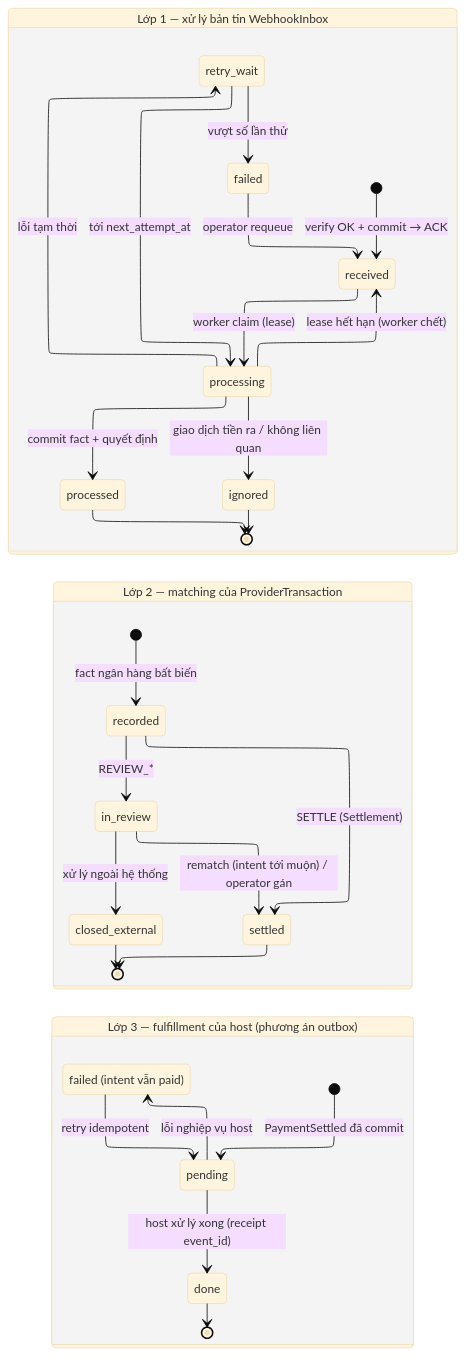
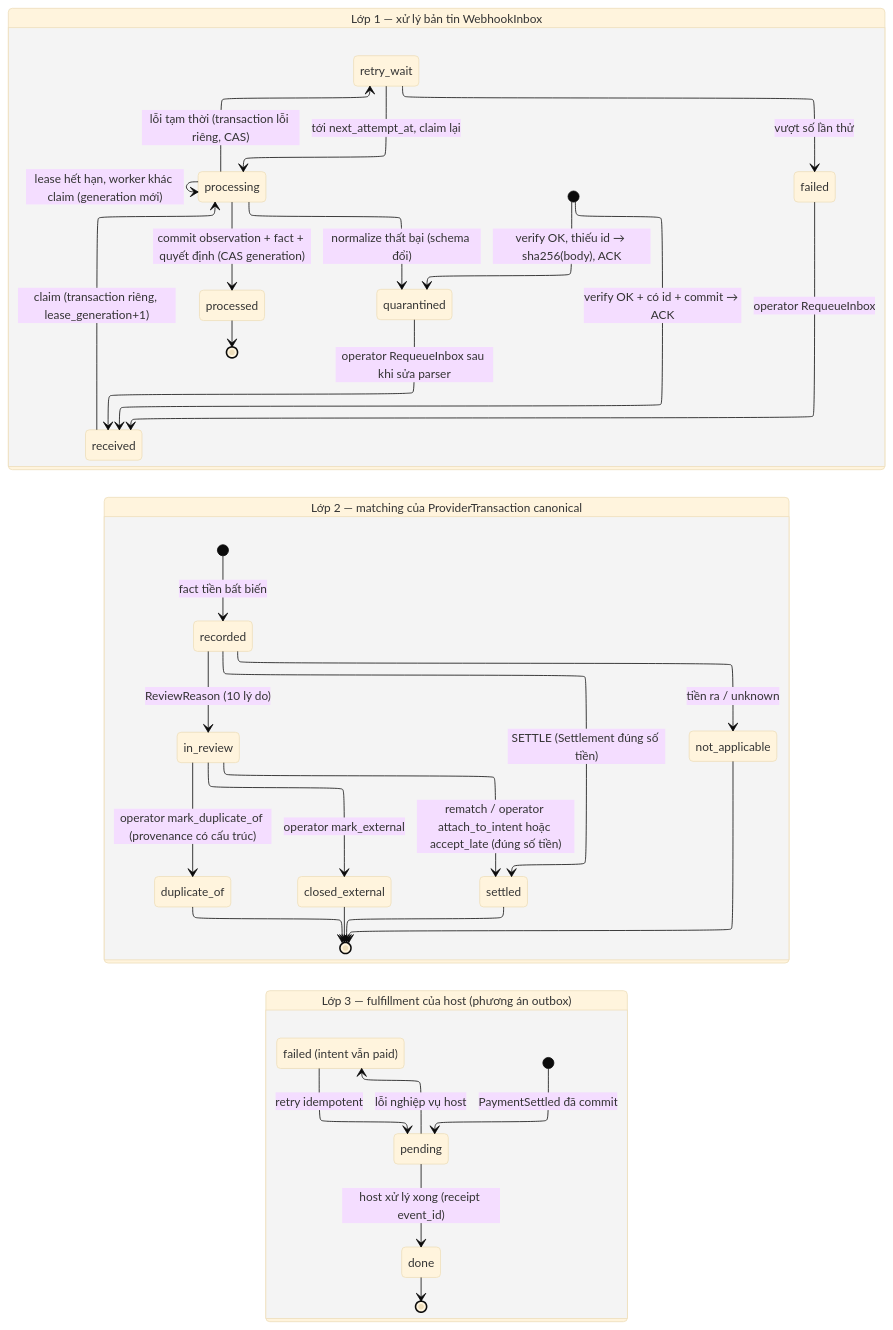
One commit to phanhaitrieu37/payment-modules changed the diagram in diagrams/10-state-inbox-transaction.md. Above: the diagram before and after it, drawn with Mermaid. The commit also changed other lines of this file and 19 other files, not shown here.

````diff
--- a/diagrams/10-state-inbox-transaction.md
+++ b/diagrams/10-state-inbox-transaction.md
@@ -14,43 +16,48 @@
 ```mermaid
 ---
 config:
   theme: base
   layout: elk
   fontFamily: Arial, Helvetica, sans-serif
   themeVariables:
     fontFamily: "Arial, Helvetica, sans-serif"
     fontSize: 15px
 ---
 stateDiagram-v2
   direction LR
   state "Lớp 1 — xử lý bản tin WebhookInbox" as INBOX {
-    [*] --> received: verify OK + commit → ACK
-    received --> processing: worker claim (lease)
-    processing --> processed: commit fact + quyết định
-    processing --> retry_wait: lỗi tạm thời
-    retry_wait --> processing: tới next_attempt_at
-    processing --> received: lease hết hạn (worker chết)
+    [*] --> received: verify OK + có id + commit → ACK
+    [*] --> quarantined: verify OK, thiếu id → sha256(body), ACK
+    received --> processing: claim (transaction riêng, lease_generation+1)
+    processing --> processed: commit observation + fact + quyết định (CAS generation)
+    processing --> retry_wait: lỗi tạm thời (transaction lỗi riêng, CAS)
+    processing --> quarantined: normalize thất bại (schema đổi)
+    retry_wait --> processing: tới next_attempt_at, claim lại
+    processing --> processing: lease hết hạn, worker khác claim (generation mới)
     retry_wait --> failed: vượt số lần thử
-    failed --> received: operator requeue
-    processing --> ignored: giao dịch tiền ra / không liên quan
+    failed --> received: operator RequeueInbox
+    quarantined --> received: operator RequeueInbox sau khi sửa parser
     processed --> [*]
-    ignored --> [*]
   }
-  state "Lớp 2 — matching của ProviderTransaction" as MATCH {
-    [*] --> recorded: fact ngân hàng bất biến
-    recorded --> settled: SETTLE (Settlement)
-    recorded --> in_review: REVIEW_*
-    in_review --> settled: rematch (intent tới muộn) / operator gán
-    in_review --> closed_external: xử lý ngoài hệ thống
+  state "Lớp 2 — matching của ProviderTransaction canonical" as MATCH {
+    [*] --> recorded: fact tiền bất biến
+    recorded --> not_applicable: tiền ra / unknown
+    recorded --> settled: SETTLE (Settlement đúng số tiền)
+    recorded --> in_review: ReviewReason (10 lý do)
+    in_review --> settled: rematch / operator attach_to_intent hoặc accept_late (đúng số tiền)
+    in_review --> closed_external: operator mark_external
+    in_review --> duplicate_of: operator mark_duplicate_of (provenance có cấu trúc)
     settled --> [*]
+    not_applicable --> [*]
     closed_external --> [*]
+    duplicate_of --> [*]
   }
   state "Lớp 3 — fulfillment của host (phương án outbox)" as FUL {
     [*] --> pending: PaymentSettled đã commit
     pending --> done: host xử lý xong (receipt event_id)
     state "failed (intent vẫn paid)" as ffailed
     pending --> ffailed: lỗi nghiệp vụ host
     ffailed --> pending: retry idempotent
     done --> [*]
   }
 ```
````
